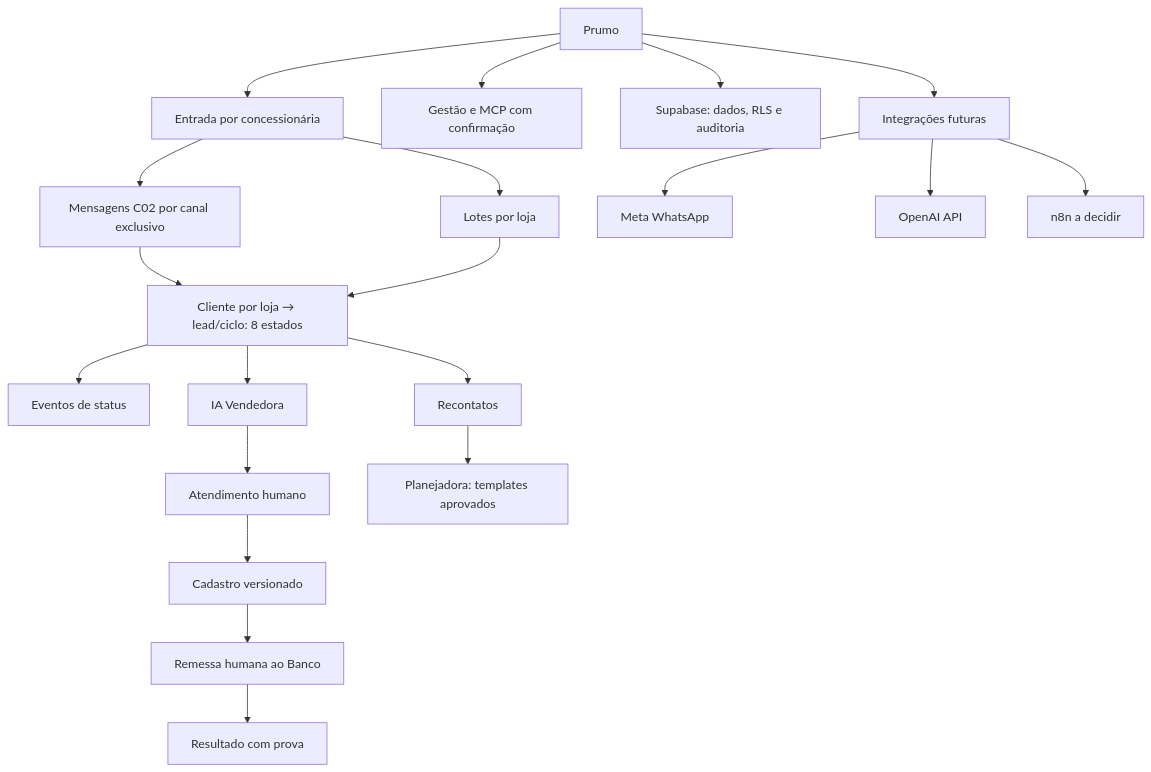
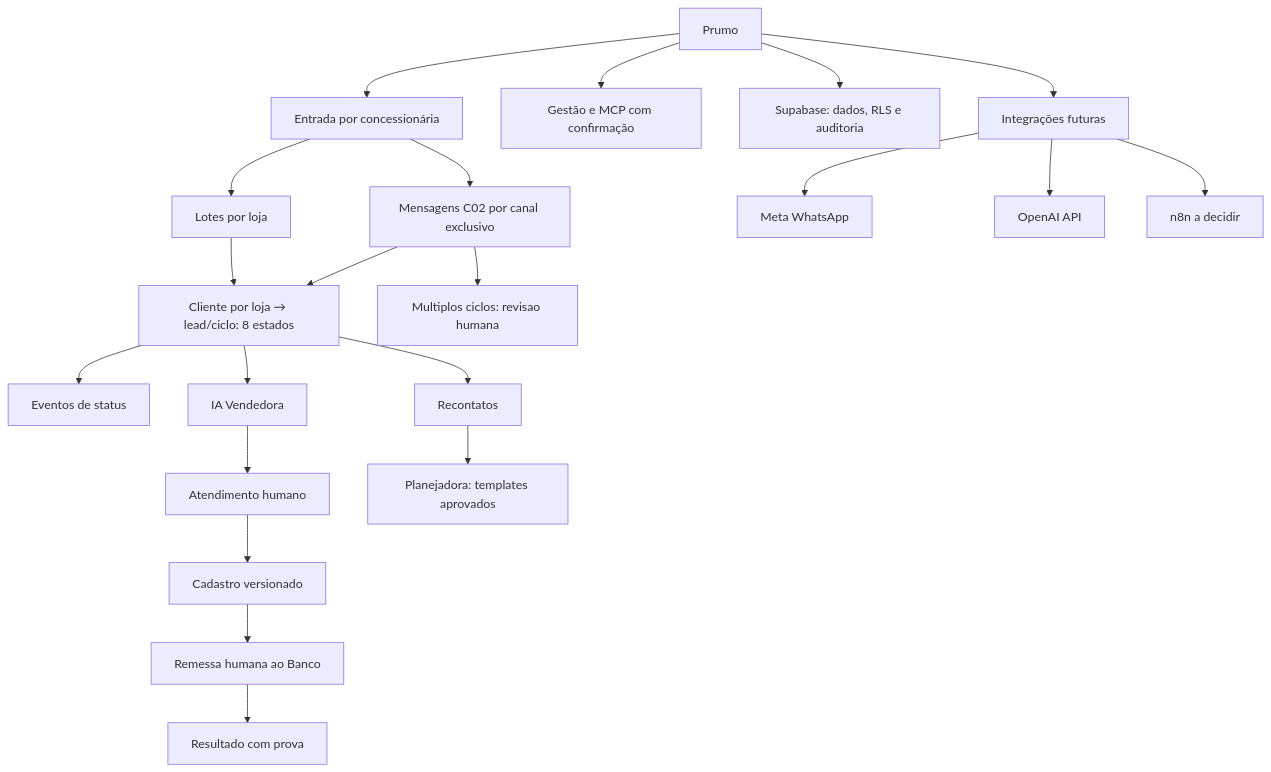
One commit to prumogrowth/Prumo-Growth-Platform-V2 changed the diagram in docs/MAPA_MENTAL.md. Above: the diagram before and after it, drawn with Mermaid.

Commit message:
docs(mapa): incluir caminho seguro de mensagens ambiguas

````diff
--- a/docs/MAPA_MENTAL.md
+++ b/docs/MAPA_MENTAL.md
@@ -3,22 +3,23 @@
 ```mermaid
 flowchart TD
   P[Prumo] --> E[Entrada por concessionária]
   E --> IMP[Lotes por loja]
   E --> INB[Mensagens C02 por canal exclusivo]
   INB --> L
+  INB --> PEND[Multiplos ciclos: revisao humana]
   IMP --> L[Cliente por loja → lead/ciclo: 8 estados]
   L --> EV[Eventos de status]
   L --> IA[IA Vendedora]
   IA --> H[Atendimento humano]
   H --> CAD[Cadastro versionado]
   CAD --> BAN[Remessa humana ao Banco]
   BAN --> RES[Resultado com prova]
   L --> REC[Recontatos]
   REC --> PLA[Planejadora: templates aprovados]
   P --> ADM[Gestão e MCP com confirmação]
   P --> DB[Supabase: dados, RLS e auditoria]
   P --> INT[Integrações futuras]
   INT --> WA[Meta WhatsApp]
   INT --> OAI[OpenAI API]
   INT --> N[n8n a decidir]
 ```
````
